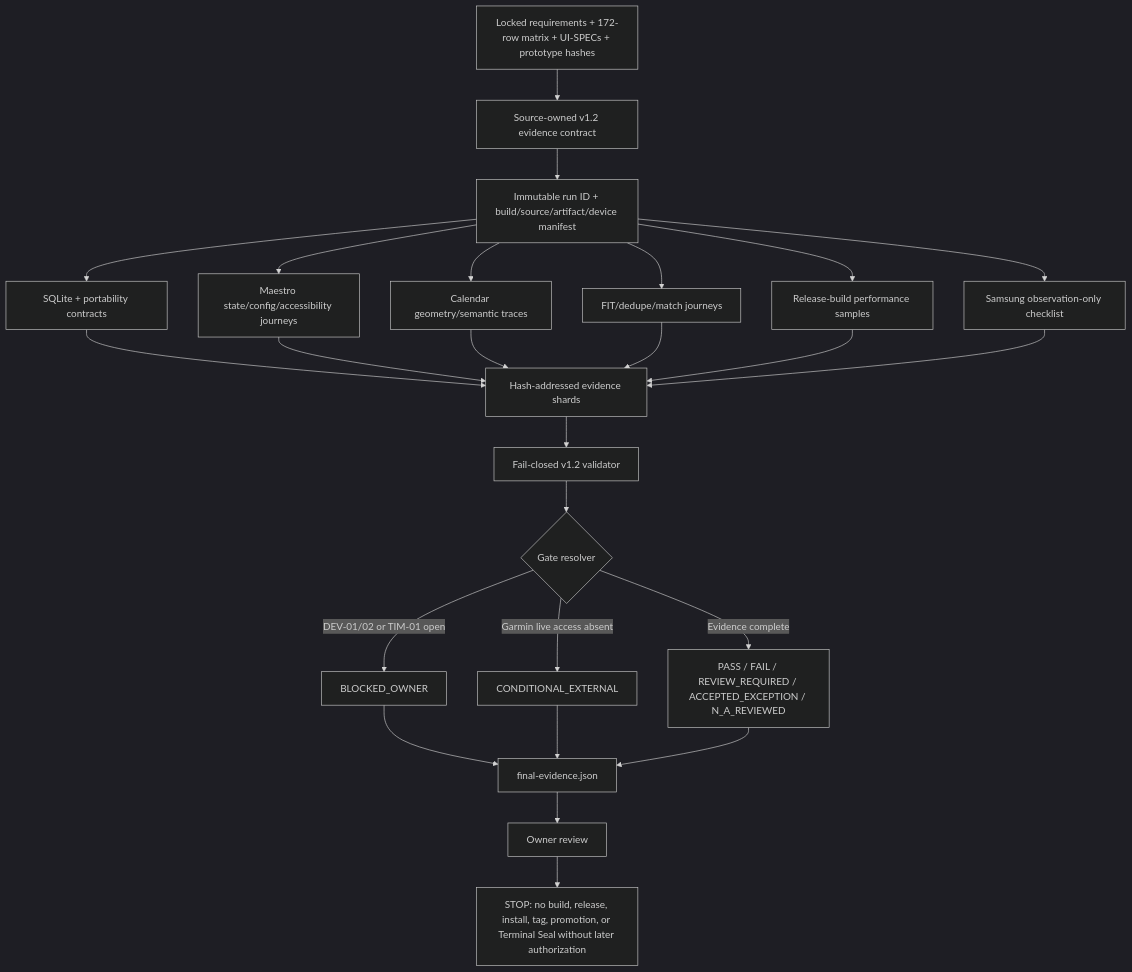
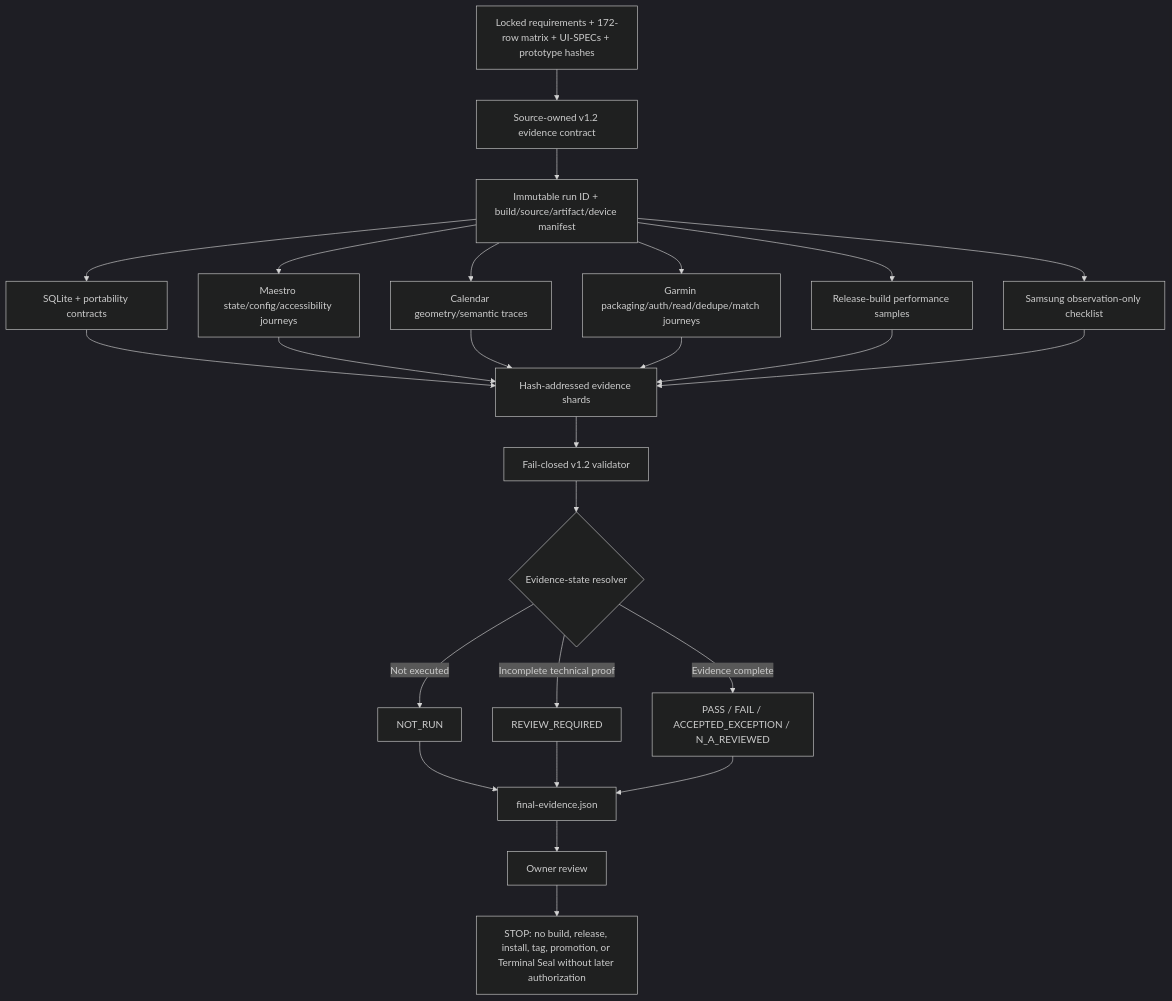
The diagram in .planning/phases/20-native-acceptance/20-RESEARCH.md (fchoo/gym-tracker), drawn with Mermaid (dark theme) before and after one commit. The commit also changed other lines of this file and 118 other files, not shown here.

````diff
--- a/.planning/phases/20-native-acceptance/20-RESEARCH.md
+++ b/.planning/phases/20-native-acceptance/20-RESEARCH.md
@@ -128,27 +128,27 @@
 ```mermaid
 flowchart TD
   A[Locked requirements + 172-row matrix + UI-SPECs + prototype hashes] --> B[Source-owned v1.2 evidence contract]
   B --> C[Immutable run ID + build/source/artifact/device manifest]
   C --> D1[SQLite + portability contracts]
   C --> D2[Maestro state/config/accessibility journeys]
   C --> D3[Calendar geometry/semantic traces]
-  C --> D4[FIT/dedupe/match journeys]
+  C --> D4[Garmin packaging/auth/read/dedupe/match journeys]
   C --> D5[Release-build performance samples]
   C --> D6[Samsung observation-only checklist]
   D1 --> E[Hash-addressed evidence shards]
   D2 --> E
   D3 --> E
   D4 --> E
   D5 --> E
   D6 --> E
   E --> F[Fail-closed v1.2 validator]
-  F --> G{Gate resolver}
-  G -->|DEV-01/02 or TIM-01 open| H[BLOCKED_OWNER]
-  G -->|Garmin live access absent| I[CONDITIONAL_EXTERNAL]
-  G -->|Evidence complete| J[PASS / FAIL / REVIEW_REQUIRED / ACCEPTED_EXCEPTION / N_A_REVIEWED]
+  F --> G{Evidence-state resolver}
+  G -->|Not executed| H[NOT_RUN]
+  G -->|Incomplete technical proof| I[REVIEW_REQUIRED]
+  G -->|Evidence complete| J[PASS / FAIL / ACCEPTED_EXCEPTION / N_A_REVIEWED]
   H --> K[final-evidence.json]
   I --> K
   J --> K
   K --> L[Owner review]
   L --> M[STOP: no build, release, install, tag, promotion, or Terminal Seal without later authorization]
 ```
````
